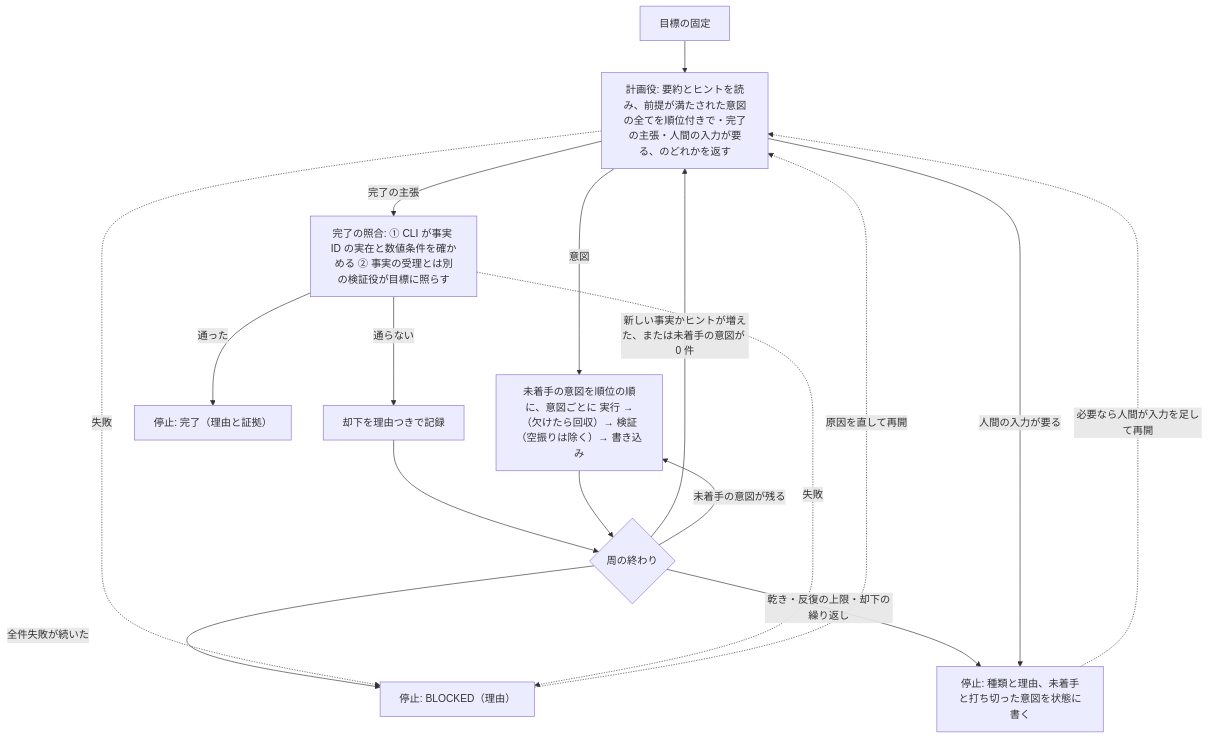
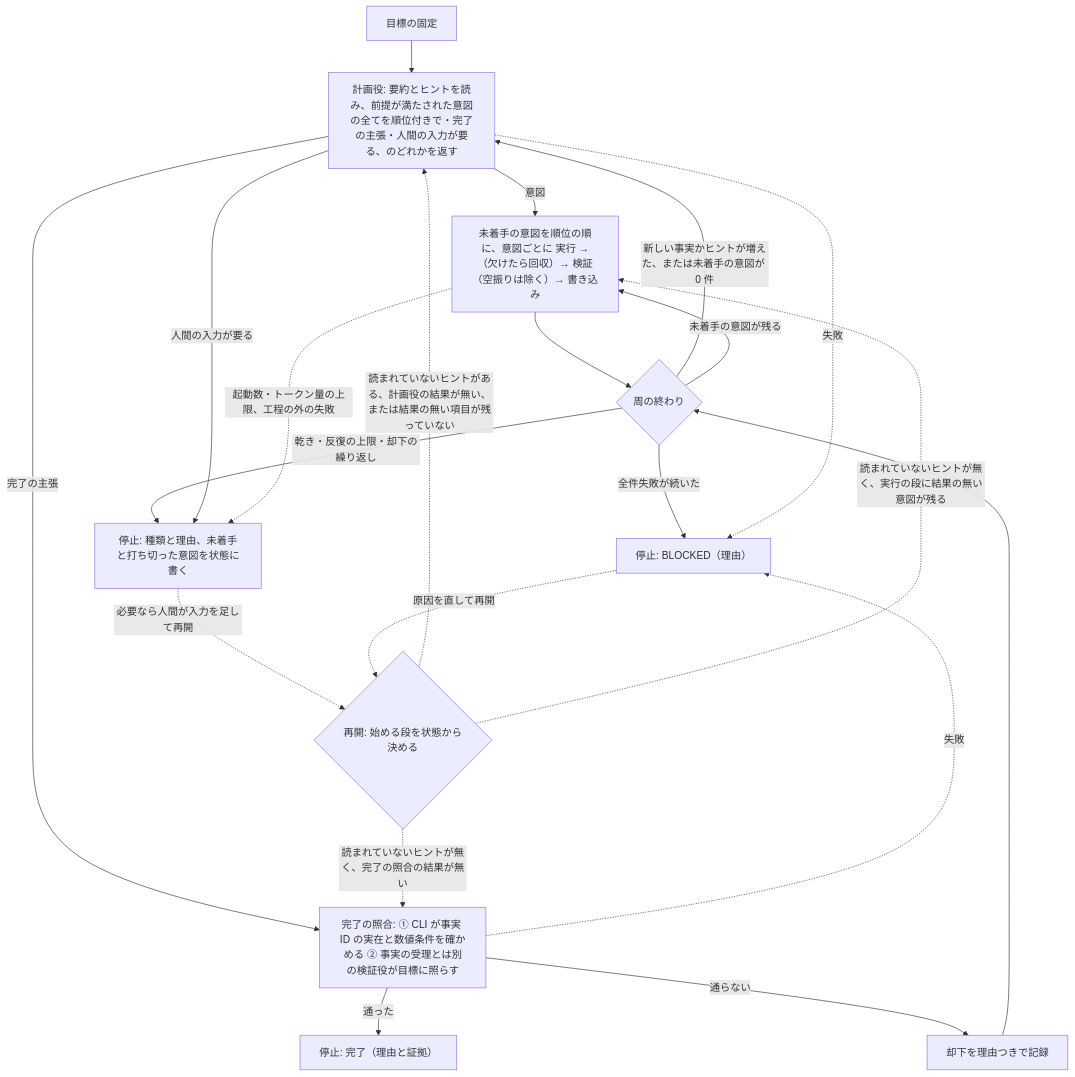
One commit to yoshiysh/claude-plugins changed the third of 3 diagrams in docs/design/skill-design-patterns.md. Above: the diagram before and after it, drawn with Mermaid. The commit also changed other lines of this file and 2 other files, not shown here.

Commit message:
docs(design): 再開した run を計画役から始めるのを、読まれていないヒントがあるときに限る
再開の位置は状態に記録した位置で決め、停止の種類では決めない。develop の要求の再開（計画で止めた後の続き、人の判断待ちからの再開）が成り立つようにするため。例外条項を足す案は採らない。

````diff
--- a/docs/design/skill-design-patterns.md
+++ b/docs/design/skill-design-patterns.md
@@ -263,19 +263,23 @@
 ```mermaid
 flowchart TD
   A["目標の固定"] --> P["計画役: 要約とヒントを読み、前提が満たされた意図の全てを順位付きで・完了の主張・人間の入力が要る、のどれかを返す"]
   P -- 意図 --> X["未着手の意図を順位の順に、意図ごとに 実行 →（欠けたら回収）→ 検証（空振りは除く）→ 書き込み"]
   P -- 完了の主張 --> C["完了の照合: ① CLI が事実 ID の実在と数値条件を確かめる ② 事実の受理とは別の検証役が目標に照らす"]
   C -- 通った --> E["停止: 完了（理由と証拠）"]
   C -- 通らない --> RJ["却下を理由つきで記録"]
   RJ --> R
   X --> R{"周の終わり"}
   R -- "全件失敗が続いた" --> B["停止: BLOCKED（理由）"]
   R -- "乾き・反復の上限・却下の繰り返し" --> H["停止: 種類と理由、未着手と打ち切った意図を状態に書く"]
   R -- "新しい事実かヒントが増えた、または未着手の意図が 0 件" --> P
   R -- "未着手の意図が残る" --> X
   P -- 人間の入力が要る --> H
   P -. 失敗 .-> B
   C -. 失敗 .-> B
-  H -. "必要なら人間が入力を足して再開" .-> P
-  B -. "原因を直して再開" .-> P
+  X -. "起動数・トークン量の上限、工程の外の失敗" .-> H
+  H -. "必要なら人間が入力を足して再開" .-> RS{"再開: 始める段を状態から決める"}
+  B -. "原因を直して再開" .-> RS
+  RS -. "読まれていないヒントがある、計画役の結果が無い、または結果の無い項目が残っていない" .-> P
+  RS -. "読まれていないヒントが無く、実行の段に結果の無い意図が残る" .-> X
+  RS -. "読まれていないヒントが無く、完了の照合の結果が無い" .-> C
 ```
````
